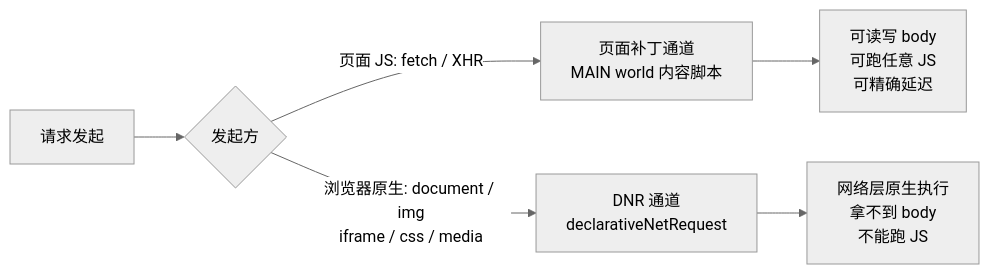
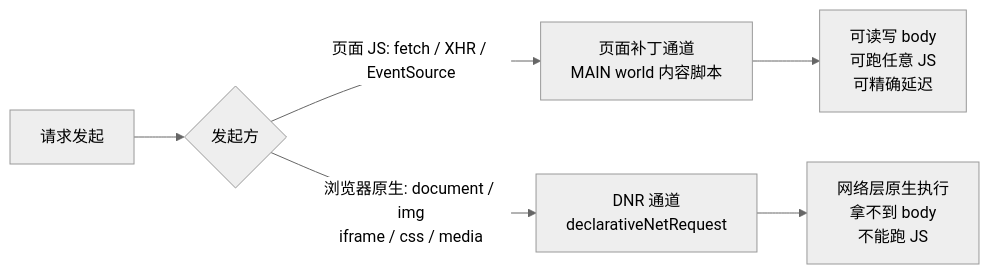
One commit to share-man-man/req-freedom changed the diagram in ROADMAP.md. Above: the diagram before and after it, drawn with Mermaid (neutral theme). The commit also changed other lines of this file, not shown here.

Commit message:
docs(roadmap): 更新 SSE Mock 与国际化进度

````diff
--- a/ROADMAP.md
+++ b/ROADMAP.md
@@ -12,8 +12,8 @@
 ```mermaid
 flowchart LR
     A[请求发起] --> B{发起方}
-    B -->|页面 JS: fetch / XHR| C[页面补丁通道<br/>MAIN world 内容脚本]
+    B -->|页面 JS: fetch / XHR / EventSource| C[页面补丁通道<br/>MAIN world 内容脚本]
     B -->|浏览器原生: document / img<br/>iframe / css / media| D[DNR 通道<br/>declarativeNetRequest]
     C --> E[可读写 body<br/>可跑任意 JS<br/>可精确延迟]
     D --> F[网络层原生执行<br/>拿不到 body<br/>不能跑 JS]
 ```
````
